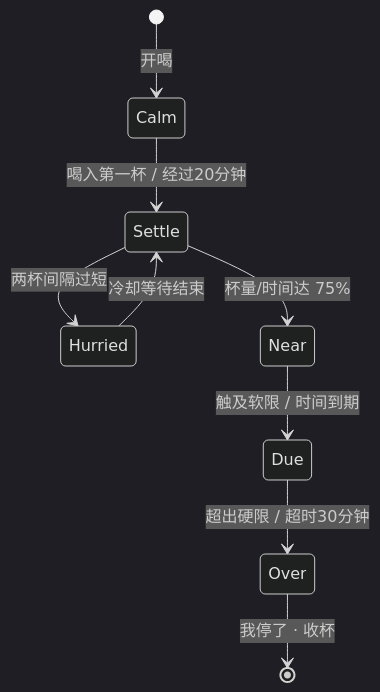
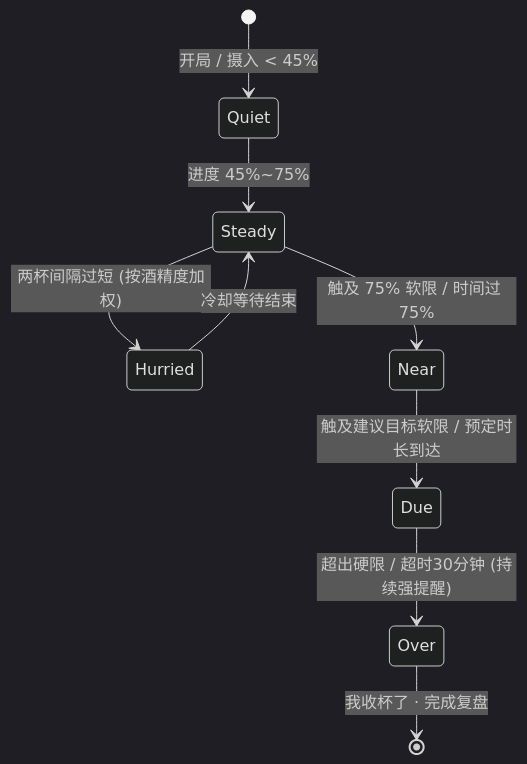
Before and after one commit to jhzhang09/TingBei: the diagram in README.md, drawn with Mermaid (dark theme). The commit also changed other lines of this file and 10 other files, not shown here.

````diff
--- a/README.md
+++ b/README.md
@@ -38,11 +62,11 @@
 ```mermaid
 stateDiagram-v2
-    [*] --> Calm: 开喝
-    Calm --> Settle: 喝入第一杯 / 经过20分钟
-    Settle --> Hurried: 两杯间隔过短
-    Hurried --> Settle: 冷却等待结束
-    Settle --> Near: 杯量/时间达 75%
-    Near --> Due: 触及软限 / 时间到期
-    Due --> Over: 超出硬限 / 超时30分钟
-    Over --> [*]: 我停了 · 收杯
+    [*] --> Quiet: 开局 / 摄入 < 45%
+    Quiet --> Steady: 进度 45%~75%
+    Steady --> Hurried: 两杯间隔过短 (按酒精度加权)
+    Hurried --> Steady: 冷却等待结束
+    Steady --> Near: 触及 75% 软限 / 时间过 75%
+    Near --> Due: 触及建议目标软限 / 预定时长到达
+    Due --> Over: 超出硬限 / 超时30分钟 (持续强提醒)
+    Over --> [*]: 我收杯了 · 完成复盘
 ```
````
